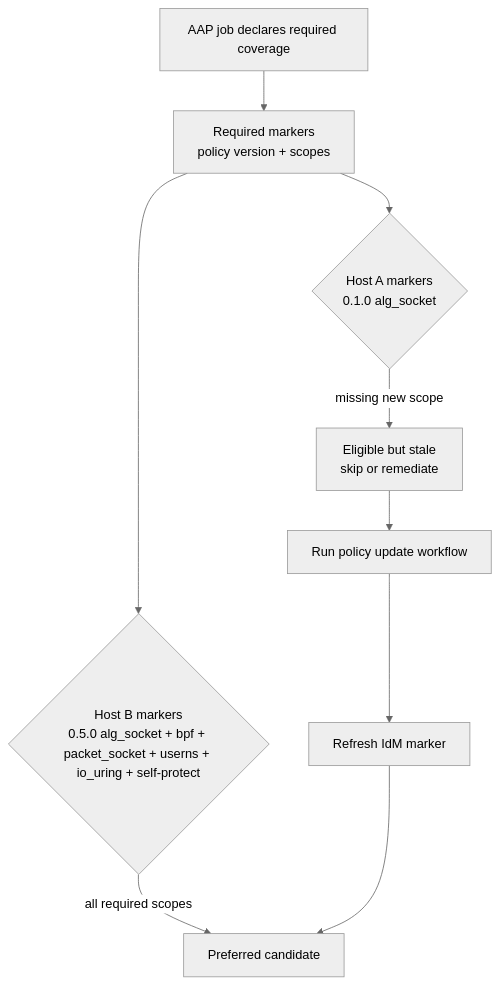
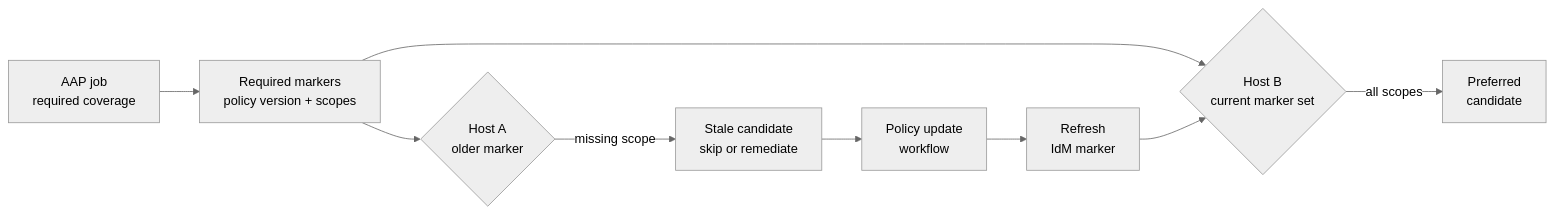
Before and after one commit to gprocunier/blastwall: the diagram in docs/assets/diagrams/candidate-flow.mmd, drawn with Mermaid (neutral theme). The commit also changed 72 other files, not shown here.

First line of the commit message:
Refresh AAP recording and documentation model

```diff
--- a/docs/assets/diagrams/candidate-flow.mmd
+++ b/docs/assets/diagrams/candidate-flow.mmd
@@ -1,9 +1,9 @@
-flowchart TD
-    JOB["AAP job declares required coverage"] --> REQ["Required markers<br/>policy version + scopes"]
-    REQ --> H1{"Host A markers<br/>0.1.0 alg_socket"}
-    REQ --> H2{"Host B markers<br/>0.5.0 alg_socket + bpf + packet_socket + userns + io_uring + self-protect"}
-    H1 -->|missing new scope| STALE["Eligible but stale<br/>skip or remediate"]
-    H2 -->|all required scopes| SELECT["Preferred candidate"]
-    STALE --> REMEDIATE["Run policy update workflow"]
-    REMEDIATE --> MARKER["Refresh IdM marker"]
-    MARKER --> SELECT
+flowchart LR
+    JOB["AAP job<br/>required coverage"] --> REQ["Required markers<br/>policy version + scopes"]
+    REQ --> H1{"Host A<br/>older marker"}
+    REQ --> H2{"Host B<br/>current marker set"}
+    H1 -->|"missing scope"| STALE["Stale candidate<br/>skip or remediate"]
+    STALE --> REMEDIATE["Policy update<br/>workflow"]
+    REMEDIATE --> MARKER["Refresh<br/>IdM marker"]
+    MARKER --> H2
+    H2 -->|"all scopes"| SELECT["Preferred<br/>candidate"]
```
